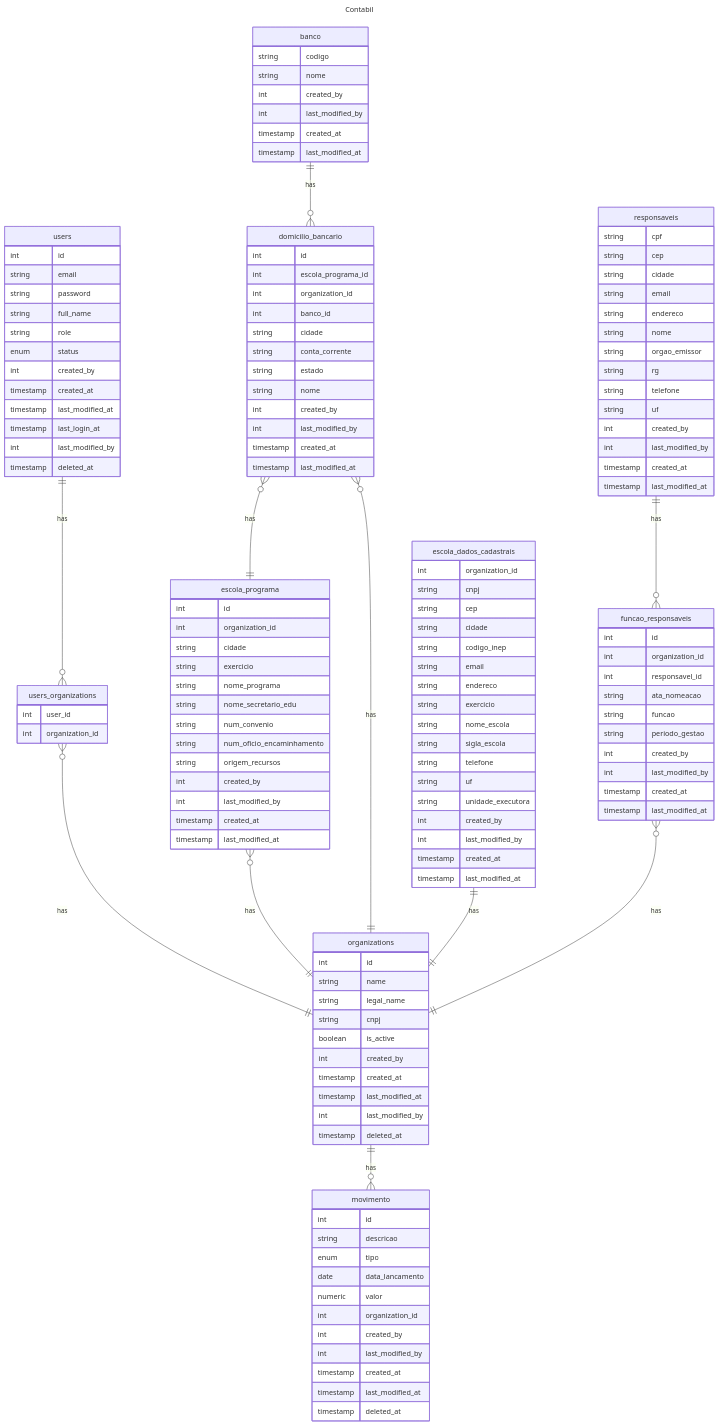
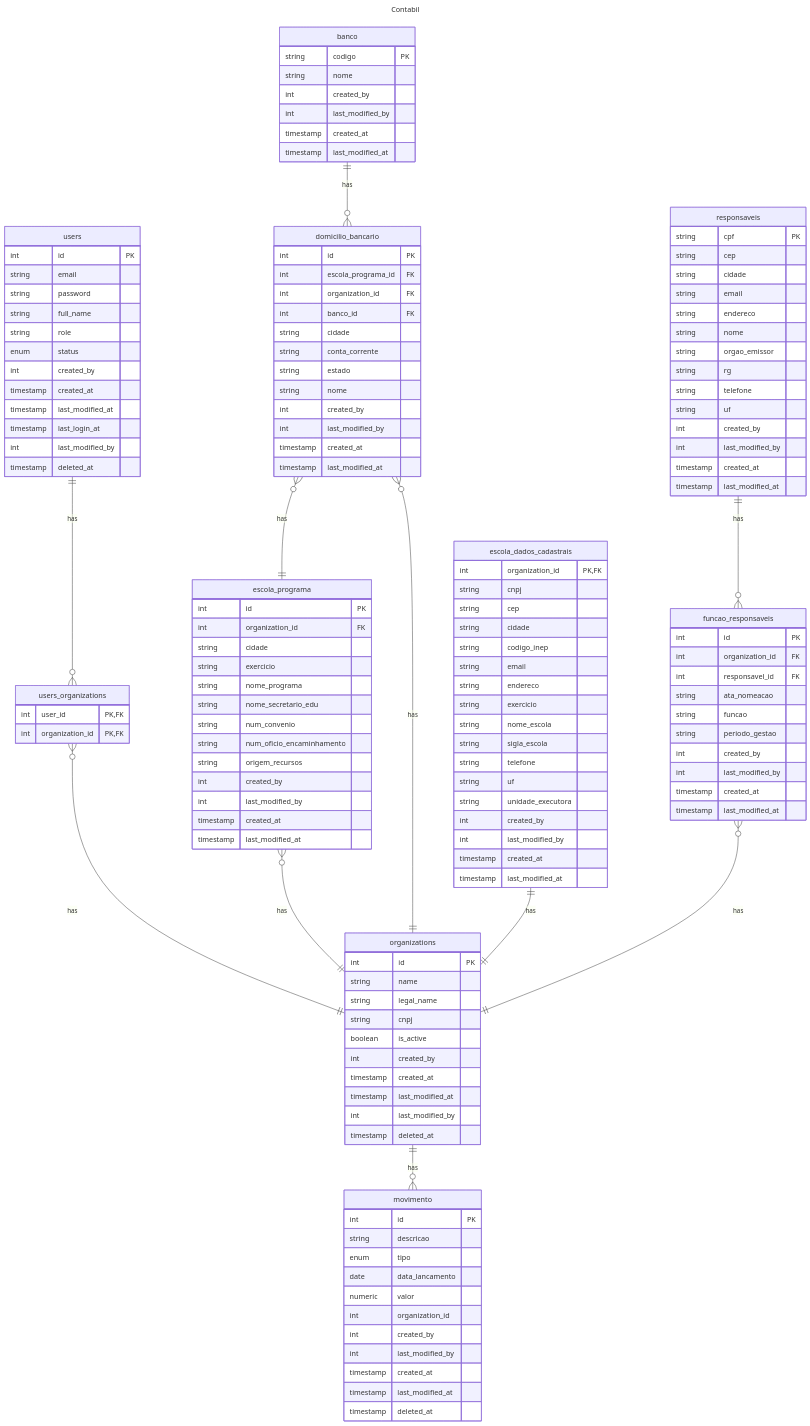
Before and after one commit to JMRwork/Contabil: the diagram in README.MD, drawn with Mermaid.

Commit message:
add PK, FK to sql model

```diff
--- a/README.MD
+++ b/README.MD
@@ -108,7 +108,7 @@
     responsaveis ||--o{ funcao_responsaveis : has
     funcao_responsaveis }o--|| organizations : has
     users {
-      int id
+      int id PK
       string email
       string password
       string full_name
@@ -122,11 +122,11 @@
       timestamp deleted_at
     }
     users_organizations {
-      int user_id
-      int organization_id
+      int user_id PK, FK
+      int organization_id PK, FK
     }
     organizations {
-      int id
+      int id PK
       string name
       string legal_name
       string cnpj
@@ -138,7 +138,7 @@
       timestamp deleted_at
     }
     movimento {
-      int id
+      int id PK
       string descricao
       enum tipo
       date data_lancamento
@@ -151,7 +151,7 @@
       timestamp deleted_at
     }
     banco {
-      string codigo
+      string codigo PK
       string nome
       int created_by
       int last_modified_by
@@ -159,10 +159,10 @@
       timestamp last_modified_at
     }
     domicilio_bancario {
-      int id
-      int escola_programa_id
-      int organization_id
-      int banco_id
+      int id PK
+      int escola_programa_id FK
+      int organization_id FK
+      int banco_id FK
       string cidade
       string conta_corrente
       string estado
@@ -173,7 +173,7 @@
       timestamp last_modified_at
     }
     escola_dados_cadastrais {
-      int organization_id
+      int organization_id PK, FK
       string cnpj
       string cep
       string cidade
@@ -192,8 +192,8 @@
       timestamp last_modified_at
     }
     escola_programa {
-      int id
-      int organization_id
+      int id PK
+      int organization_id FK
       string cidade
       string exercicio
       string nome_programa
@@ -207,9 +207,9 @@
       timestamp last_modified_at
     }
     funcao_responsaveis {
-      int id
-      int organization_id
-      int responsavel_id
+      int id PK
+      int organization_id FK
+      int responsavel_id FK
       string ata_nomeacao
       string funcao
       string periodo_gestao
@@ -219,7 +219,7 @@
       timestamp last_modified_at
     }
     responsaveis {
-      string cpf
+      string cpf PK
       string cep
       string cidade
       string email
```
